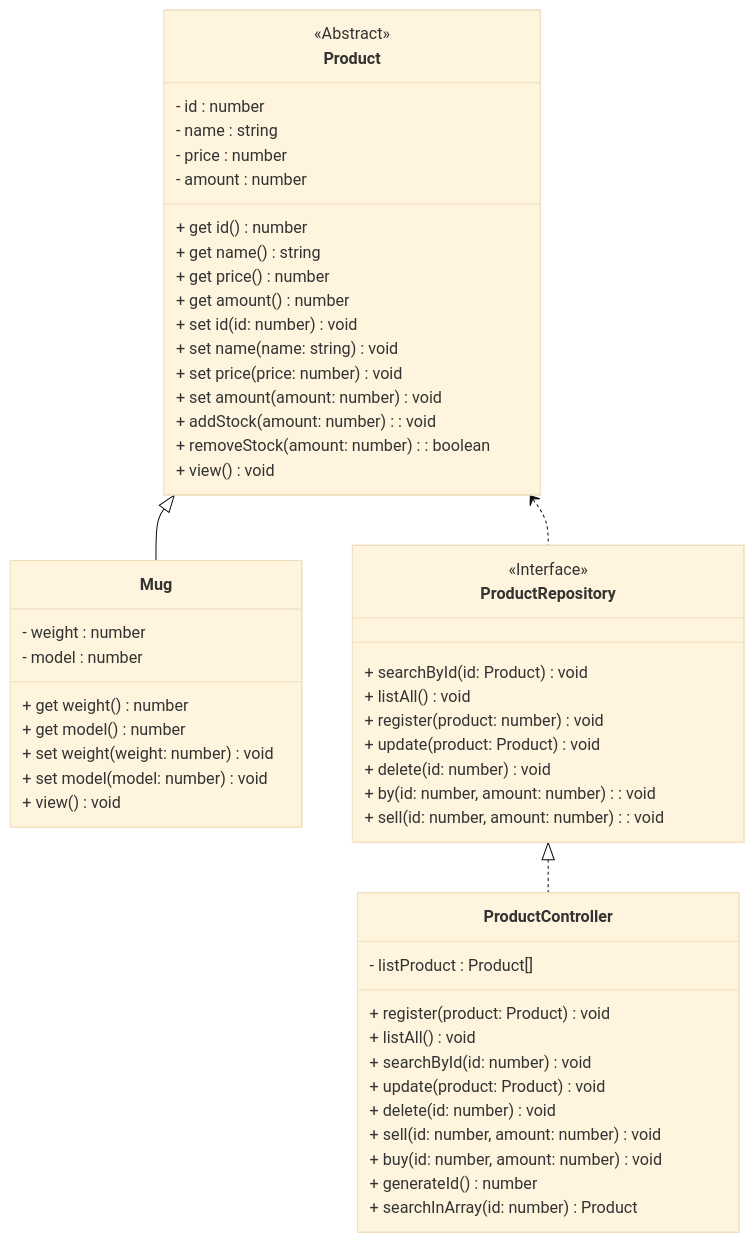
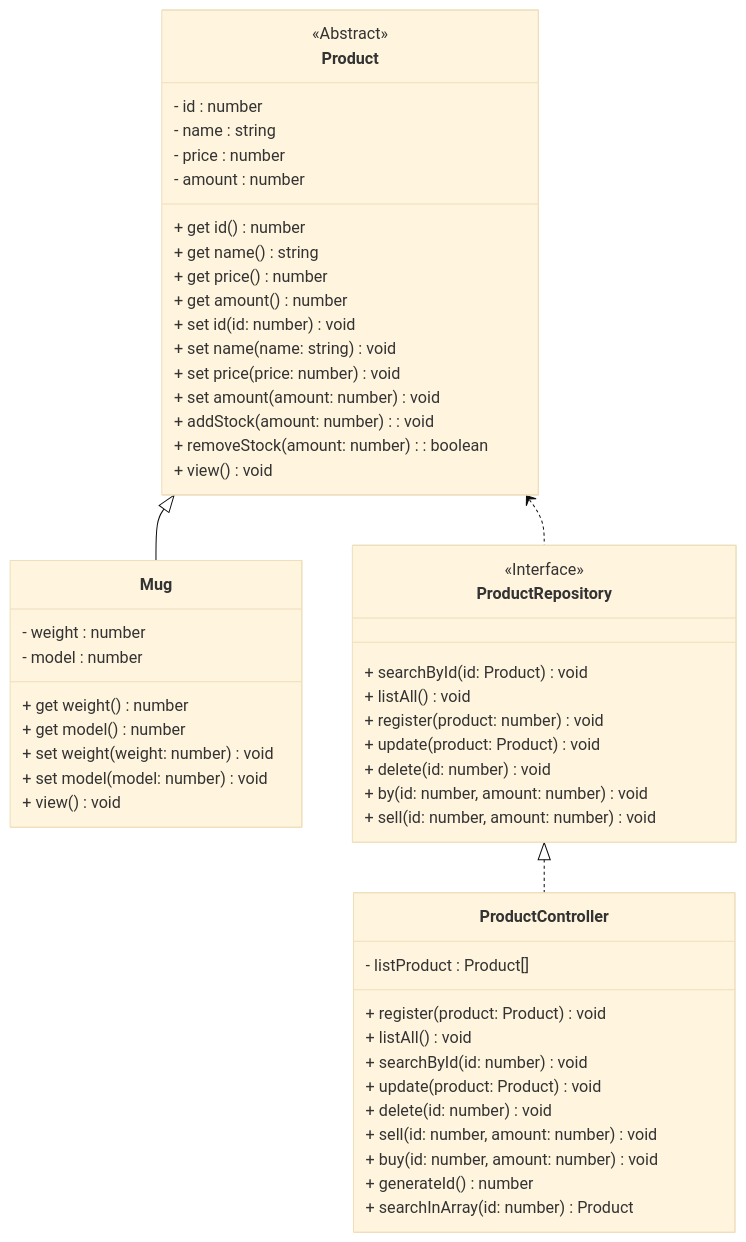
The diagram in README.md (AlbertoDuranFilho/estoque_canecas), drawn with Mermaid (base theme) before and after one commit.

Commit message:
:books: docs: Atualizando o Readme

````diff
--- a/README.md
+++ b/README.md
@@ -40,60 +40,60 @@
 ```mermaid
 classDiagram
 
 class Product {
   <<Abstract>>
   - id : number
   - name : string
   - price : number
   - amount : number
   + get id() number
   + get name() string
   + get price() number
   + get amount() number
   + set id(id: number) void
   + set name(name: string) void
   + set price(price: number) void
   + set amount(amount: number) void
   + addStock(amount: number): void
   + removeStock(amount: number): boolean
   + view() void
 }
 
 class Mug {
   - weight : number
   - model : number
   + get weight() number
   + get model() number
   + set weight(weight: number) void
   + set model(model: number) void
   + view() void
 }
 
 class ProductRepository {
   <<Interface>>
   + searchById(id: Product) void
   + listAll() void
   + register(product: number) void
   + update(product: Product) void
   + delete(id: number) void
-  + by(id: number, amount: number): void
-  + sell(id: number, amount: number): void
+  + by(id: number, amount: number) void
+  + sell(id: number, amount: number) void
 }
 
 class ProductController {
   - listProduct : Product[]
   + register(product: Product) void
   + listAll() void
   + searchById(id: number) void
   + update(product: Product) void
   + delete(id: number) void
   + sell(id: number, amount: number) void
   + buy(id: number, amount: number) void
   + generateId() number
   + searchInArray(id: number) Product
 }
 
 Product <|-- Mug
 Product <.. ProductRepository
 ProductRepository <|.. ProductController
 ```
````
